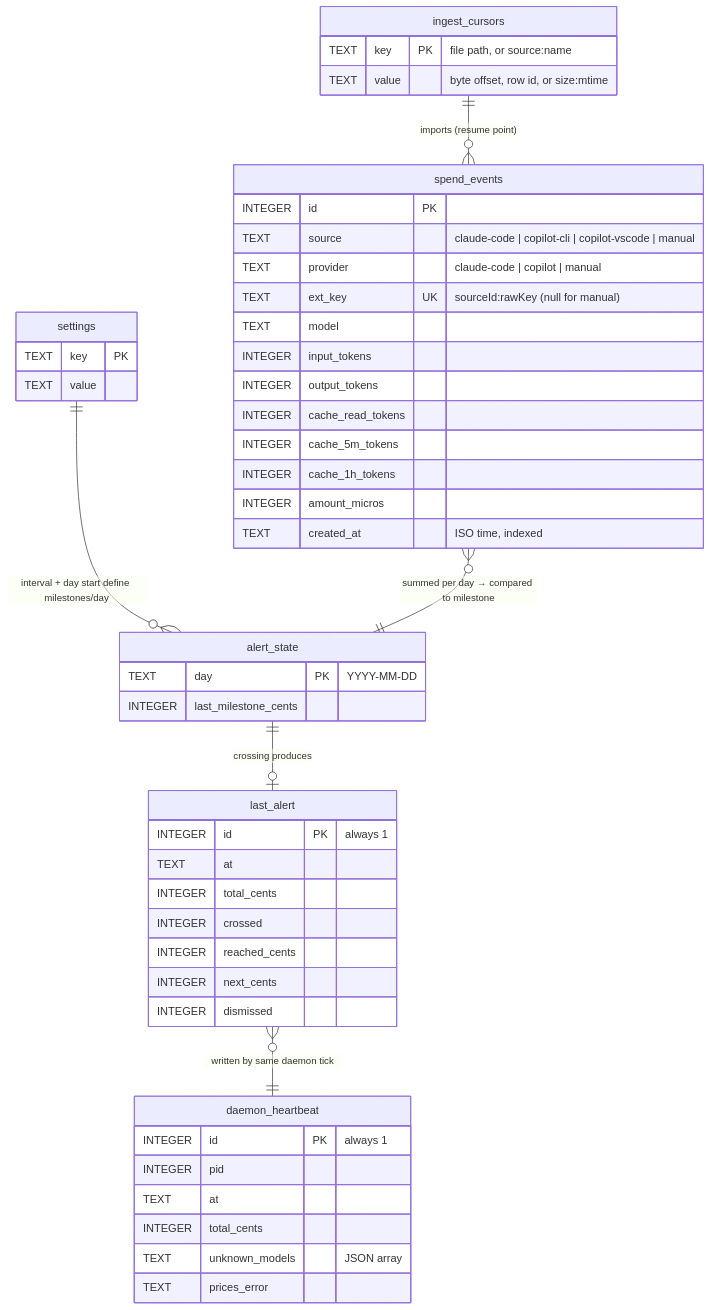
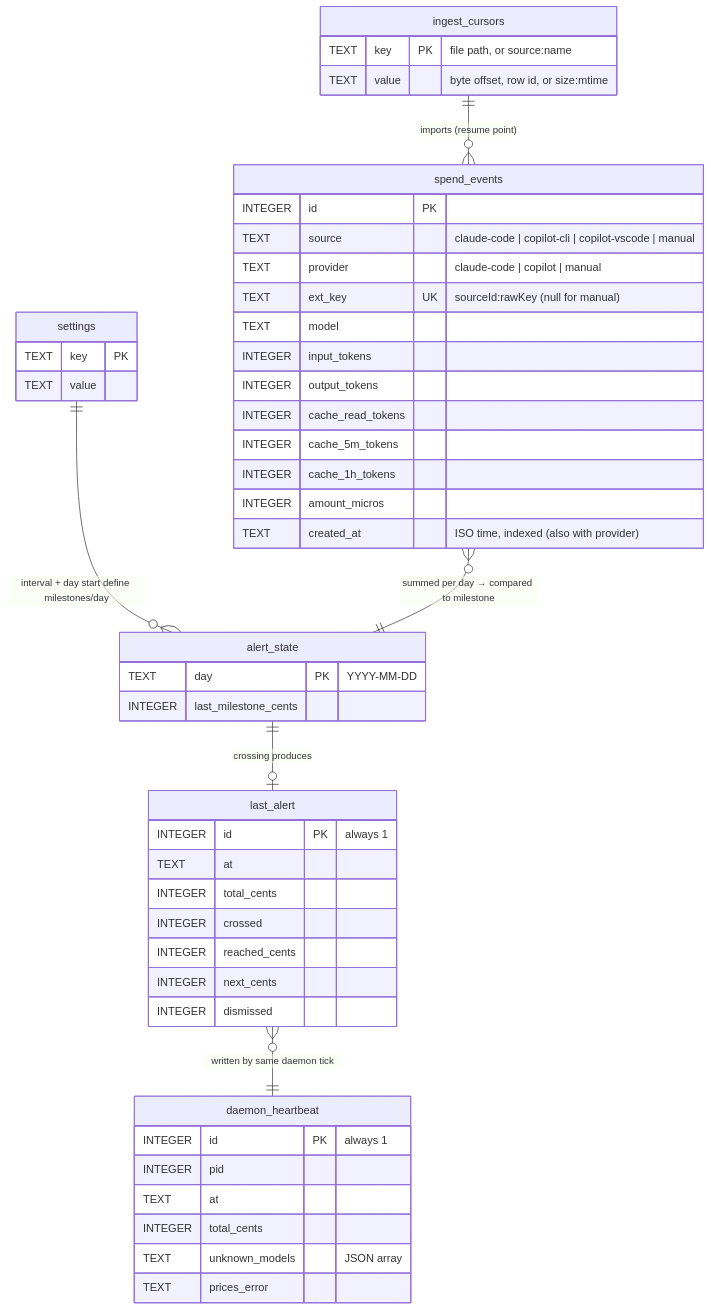
The diagram in docs/developer/data-model.md (KevinRebakure/BeAware), drawn with Mermaid before and after one commit. The commit also changed 8 other files, not shown here.

Commit message:
update architecture and documentation for data retention and screen handling

````diff
--- a/docs/developer/data-model.md
+++ b/docs/developer/data-model.md
@@ -18,52 +18,52 @@
 ```mermaid
 erDiagram
   spend_events {
     INTEGER id PK
     TEXT source "claude-code | copilot-cli | copilot-vscode | manual"
     TEXT provider "claude-code | copilot | manual"
     TEXT ext_key UK "sourceId:rawKey (null for manual)"
     TEXT model
     INTEGER input_tokens
     INTEGER output_tokens
     INTEGER cache_read_tokens
     INTEGER cache_5m_tokens
     INTEGER cache_1h_tokens
     INTEGER amount_micros
-    TEXT created_at "ISO time, indexed"
+    TEXT created_at "ISO time, indexed (also with provider)"
   }
   settings {
     TEXT key PK
     TEXT value
   }
   alert_state {
     TEXT day PK "YYYY-MM-DD"
     INTEGER last_milestone_cents
   }
   ingest_cursors {
     TEXT key PK "file path, or source:name"
     TEXT value "byte offset, row id, or size:mtime"
   }
   daemon_heartbeat {
     INTEGER id PK "always 1"
     INTEGER pid
     TEXT at
     INTEGER total_cents
     TEXT unknown_models "JSON array"
     TEXT prices_error
   }
   last_alert {
     INTEGER id PK "always 1"
     TEXT at
     INTEGER total_cents
     INTEGER crossed
     INTEGER reached_cents
     INTEGER next_cents
     INTEGER dismissed
   }
 
   ingest_cursors ||--o{ spend_events : "imports (resume point)"
   settings ||--o{ alert_state : "interval + day start define milestones/day"
   spend_events }o--|| alert_state : "summed per day → compared to milestone"
   alert_state ||--o| last_alert : "crossing produces"
   last_alert }o--|| daemon_heartbeat : "written by same daemon tick"
 ```
````
